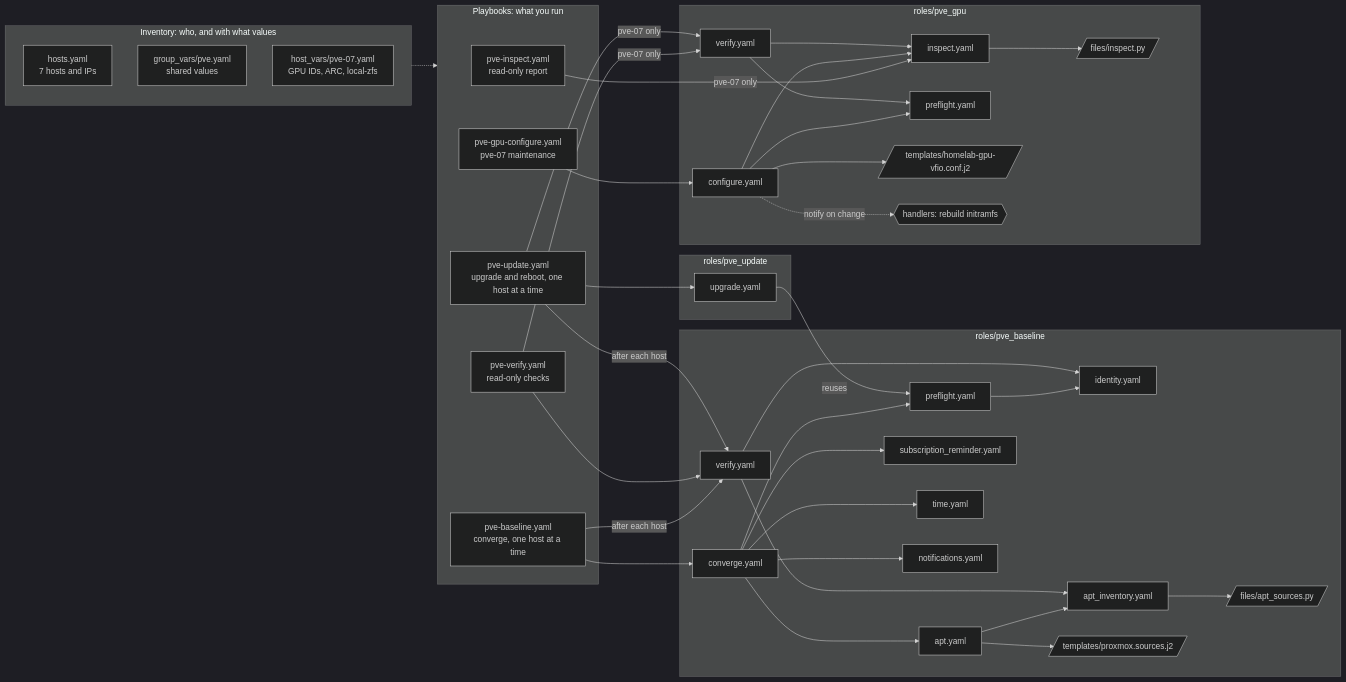
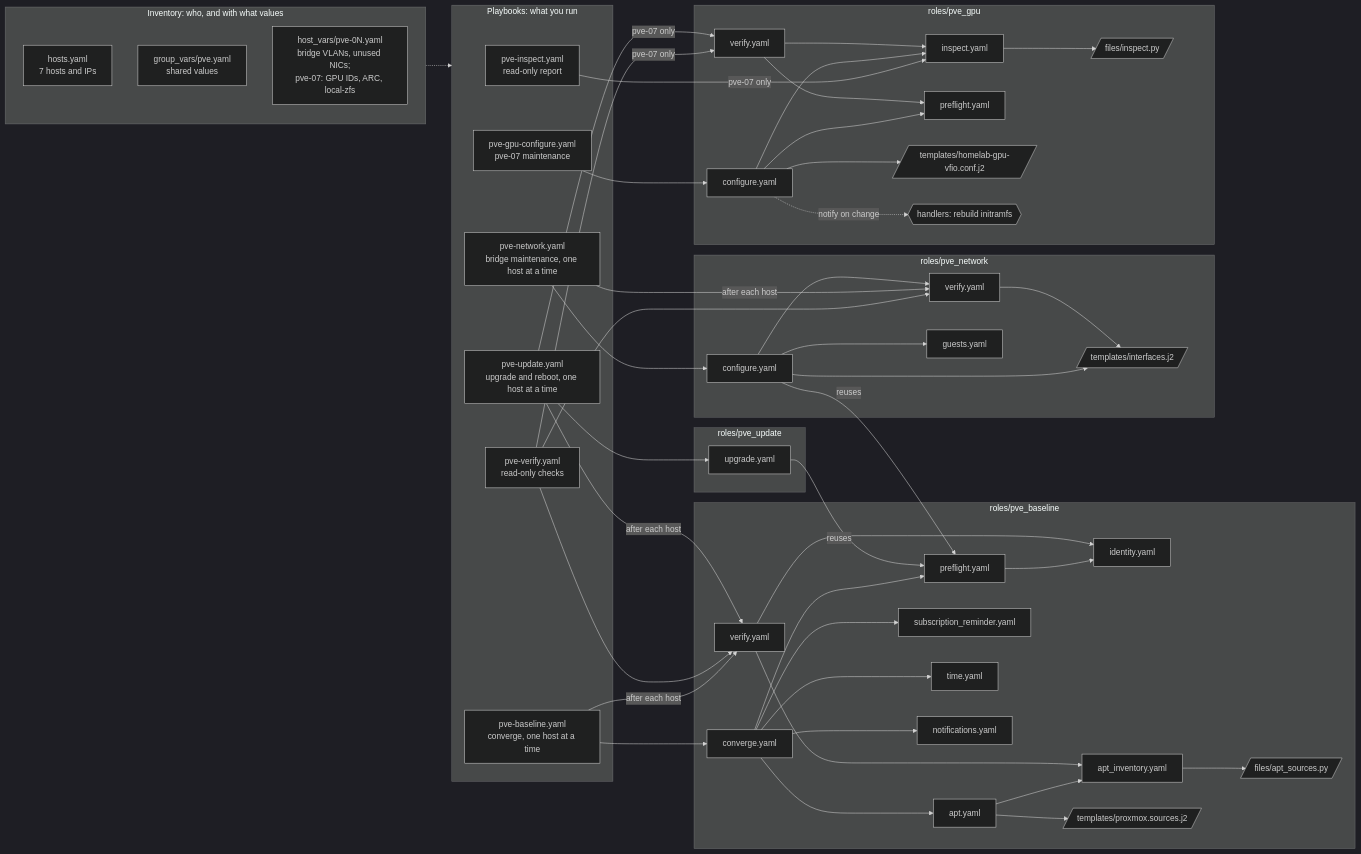
One commit to DaltonBuilds/homelab-infra changed the diagram in docs/ansible-structure.md. Above: the diagram before and after it, drawn with Mermaid (dark theme). The commit also changed other lines of this file and 17 other files, not shown here.

```diff
--- a/docs/ansible-structure.md
+++ b/docs/ansible-structure.md
@@ -7,7 +7,7 @@
   subgraph inv["Inventory: who, and with what values"]
     hosts["hosts.yaml<br/>7 hosts and IPs"]
     gv["group_vars/pve.yaml<br/>shared values"]
-    hv["host_vars/pve-07.yaml<br/>GPU IDs, ARC, local-zfs"]
+    hv["host_vars/pve-0N.yaml<br/>bridge VLANs, unused NICs;<br/>pve-07: GPU IDs, ARC, local-zfs"]
   end
 
   subgraph pb["Playbooks: what you run"]
@@ -15,6 +15,7 @@
     baseline["pve-baseline.yaml<br/>converge, one host at a time"]
     verify["pve-verify.yaml<br/>read-only checks"]
     update["pve-update.yaml<br/>upgrade and reboot, one host at a time"]
+    netcfg["pve-network.yaml<br/>bridge maintenance, one host at a time"]
     gpucfg["pve-gpu-configure.yaml<br/>pve-07 maintenance"]
   end
 
@@ -34,6 +35,13 @@
 
   subgraph ru["roles/pve_update"]
     upg["upgrade.yaml"]
+  end
+
+  subgraph rn["roles/pve_network"]
+    nconf["configure.yaml"]
+    nver["verify.yaml"]
+    nguest["guests.yaml"]
+    ntpl[/"templates/interfaces.j2"/]
   end
 
   subgraph rg["roles/pve_gpu"]
@@ -56,6 +64,9 @@
   update --> upg
   update -->|"after each host"| bver
   update -->|"pve-07 only"| gver
+  verify --> nver
+  netcfg --> nconf
+  netcfg -->|"after each host"| nver
   gpucfg --> gconf
 
   conv --> pre --> ident
@@ -68,6 +79,12 @@
   bver --> aptinv
   upg -->|"reuses"| pre
 
+  nconf -->|"reuses"| pre
+  nconf --> ntpl
+  nconf --> nver
+  nconf --> nguest
+  nver --> ntpl
+
   gconf --> ginsp --> gpy
   gconf --> gpre
   gconf --> gtpl
```
